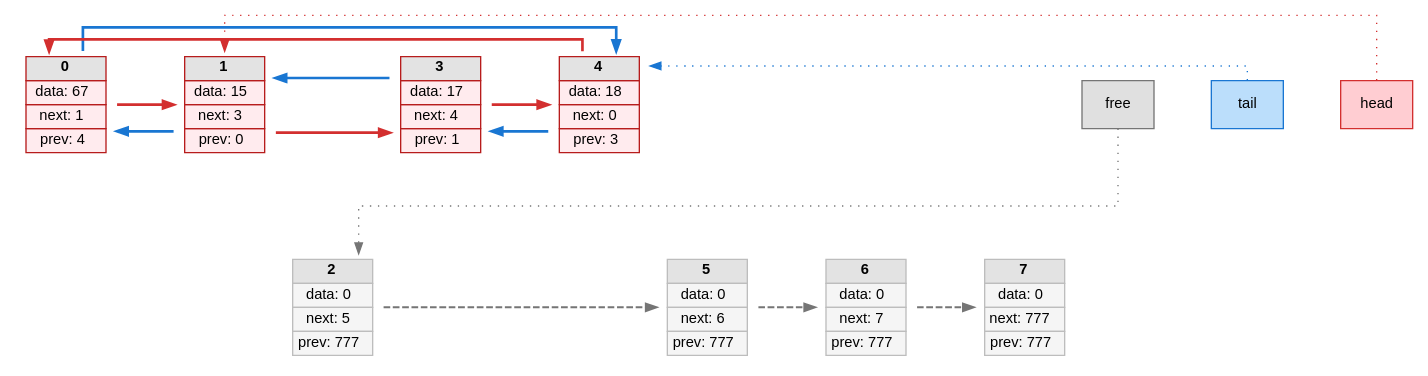
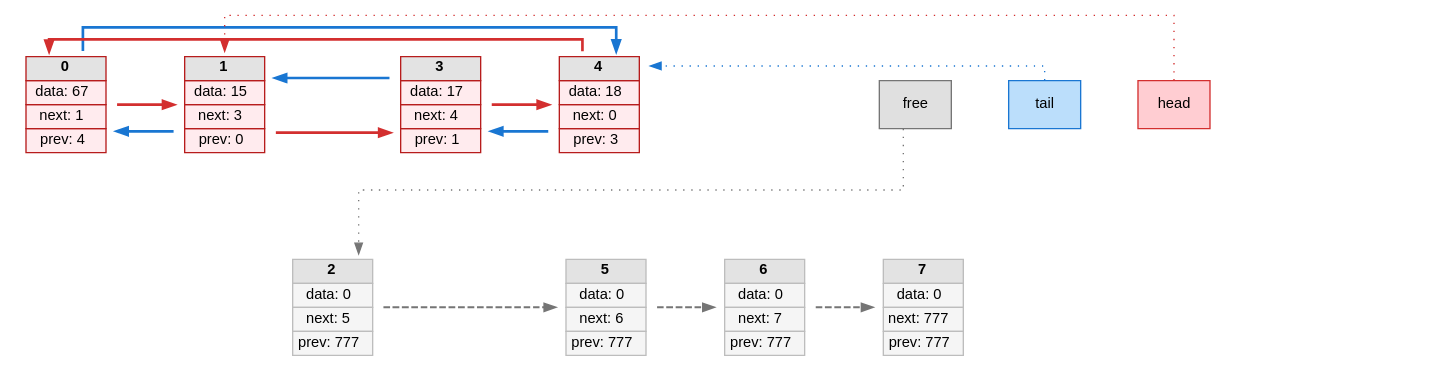
One commit to molushkax/lists changed the diagram in list.dot. Above: the diagram before and after it, drawn with Graphviz. The commit also changed 3 other files, not shown here.

```diff
--- a/list.dot
+++ b/list.dot
@@ -1,117 +1,125 @@
 digraph list {
   rankdir=TB;
   splines=ortho;
   nodesep=0.6;
   ranksep=1.0;
   node [shape=none, fontname="Helvetica", fontsize=11];
   edge [fontname="Helvetica", fontsize=10, arrowsize=0.8];
 
   n0 [label=<
     <TABLE BORDER="0" CELLBORDER="1" CELLSPACING="0" BGCOLOR="#FFEBEE" COLOR="#B71C1C">
       <TR><TD PORT="idx" BGCOLOR="#E3E3E3" WIDTH="40"><B>0</B></TD></TR>
       <TR><TD PORT="data" WIDTH="60">data: 67</TD></TR>
       <TR><TD PORT="next" WIDTH="60">next: 1</TD></TR>
       <TR><TD PORT="prev" WIDTH="60">prev: 4</TD></TR>
     </TABLE>
   >];
 
   n1 [label=<
     <TABLE BORDER="0" CELLBORDER="1" CELLSPACING="0" BGCOLOR="#FFEBEE" COLOR="#B71C1C">
       <TR><TD PORT="idx" BGCOLOR="#E3E3E3" WIDTH="40"><B>1</B></TD></TR>
       <TR><TD PORT="data" WIDTH="60">data: 15</TD></TR>
       <TR><TD PORT="next" WIDTH="60">next: 3</TD></TR>
       <TR><TD PORT="prev" WIDTH="60">prev: 0</TD></TR>
     </TABLE>
   >];
 
   n2 [label=<
     <TABLE BORDER="0" CELLBORDER="1" CELLSPACING="0" BGCOLOR="#F5F5F5" COLOR="#BDBDBD">
       <TR><TD PORT="idx" BGCOLOR="#E3E3E3" WIDTH="40"><B>2</B></TD></TR>
       <TR><TD PORT="data" WIDTH="60">data: 0</TD></TR>
       <TR><TD PORT="next" WIDTH="60">next: 5</TD></TR>
       <TR><TD PORT="prev" WIDTH="60">prev: 777</TD></TR>
     </TABLE>
   >];
 
   n3 [label=<
     <TABLE BORDER="0" CELLBORDER="1" CELLSPACING="0" BGCOLOR="#FFEBEE" COLOR="#B71C1C">
       <TR><TD PORT="idx" BGCOLOR="#E3E3E3" WIDTH="40"><B>3</B></TD></TR>
       <TR><TD PORT="data" WIDTH="60">data: 17</TD></TR>
       <TR><TD PORT="next" WIDTH="60">next: 4</TD></TR>
       <TR><TD PORT="prev" WIDTH="60">prev: 1</TD></TR>
     </TABLE>
   >];
 
   n4 [label=<
     <TABLE BORDER="0" CELLBORDER="1" CELLSPACING="0" BGCOLOR="#FFEBEE" COLOR="#B71C1C">
       <TR><TD PORT="idx" BGCOLOR="#E3E3E3" WIDTH="40"><B>4</B></TD></TR>
       <TR><TD PORT="data" WIDTH="60">data: 18</TD></TR>
       <TR><TD PORT="next" WIDTH="60">next: 0</TD></TR>
       <TR><TD PORT="prev" WIDTH="60">prev: 3</TD></TR>
     </TABLE>
   >];
 
   n5 [label=<
     <TABLE BORDER="0" CELLBORDER="1" CELLSPACING="0" BGCOLOR="#F5F5F5" COLOR="#BDBDBD">
       <TR><TD PORT="idx" BGCOLOR="#E3E3E3" WIDTH="40"><B>5</B></TD></TR>
       <TR><TD PORT="data" WIDTH="60">data: 0</TD></TR>
       <TR><TD PORT="next" WIDTH="60">next: 6</TD></TR>
       <TR><TD PORT="prev" WIDTH="60">prev: 777</TD></TR>
     </TABLE>
   >];
 
   n6 [label=<
     <TABLE BORDER="0" CELLBORDER="1" CELLSPACING="0" BGCOLOR="#F5F5F5" COLOR="#BDBDBD">
       <TR><TD PORT="idx" BGCOLOR="#E3E3E3" WIDTH="40"><B>6</B></TD></TR>
       <TR><TD PORT="data" WIDTH="60">data: 0</TD></TR>
       <TR><TD PORT="next" WIDTH="60">next: 7</TD></TR>
       <TR><TD PORT="prev" WIDTH="60">prev: 777</TD></TR>
     </TABLE>
   >];
 
   n7 [label=<
     <TABLE BORDER="0" CELLBORDER="1" CELLSPACING="0" BGCOLOR="#F5F5F5" COLOR="#BDBDBD">
       <TR><TD PORT="idx" BGCOLOR="#E3E3E3" WIDTH="40"><B>7</B></TD></TR>
       <TR><TD PORT="data" WIDTH="60">data: 0</TD></TR>
       <TR><TD PORT="next" WIDTH="60">next: 777</TD></TR>
       <TR><TD PORT="prev" WIDTH="60">prev: 777</TD></TR>
     </TABLE>
   >];
 
   phantom2 [shape=point, style=invis, width=0, height=0];
   phantom5 [shape=point, style=invis, width=0, height=0];
   phantom6 [shape=point, style=invis, width=0, height=0];
   phantom7 [shape=point, style=invis, width=0, height=0];
   { rank=same; n0; n1; phantom2; n3; n4; phantom5; phantom6; phantom7; }
   { rank=same; n2; n5; n6; n7; }
 
-  phantom2 -> n2 [style=invis, weight=100];
-  phantom5 -> n5 [style=invis, weight=100];
-  phantom6 -> n6 [style=invis, weight=100];
-  phantom7 -> n7 [style=invis, weight=100];
+  phantom0 [shape=point, style=invis, width=0, height=0];
+  phantom1 [shape=point, style=invis, width=0, height=0];
+  phantom2 [shape=point, style=invis, width=0, height=0];
+  phantom3 [shape=point, style=invis, width=0, height=0];
+  phantom4 [shape=point, style=invis, width=0, height=0];
+  phantom5 [shape=point, style=invis, width=0, height=0];
+  phantom6 [shape=point, style=invis, width=0, height=0];
+  phantom7 [shape=point, style=invis, width=0, height=0];
+  phantom2 -> n2 [style=invis, weight=1];
+  phantom5 -> n5 [style=invis, weight=1];
+  phantom6 -> n6 [style=invis, weight=1];
+  phantom7 -> n7 [style=invis, weight=1];
   n0 -> n1 [style=invis, weight=10];
   n1 -> phantom2 [style=invis, weight=10];
   phantom2 -> n3 [style=invis, weight=10];
   n3 -> n4 [style=invis, weight=10];
   n4 -> phantom5 [style=invis, weight=10];
   phantom5 -> phantom6 [style=invis, weight=10];
   phantom6 -> phantom7 [style=invis, weight=10];
   n0 -> n1 [style=bold, color="#D32F2F", penwidth=2, constraint=false];
   n1 -> n3 [style=bold, color="#D32F2F", penwidth=2, constraint=false];
   n3 -> n4 [style=bold, color="#D32F2F", penwidth=2, constraint=false];
   n4 -> n0 [style=bold, color="#D32F2F", penwidth=2, constraint=false];
   n0 -> n4 [style=bold, color="#1976D2", penwidth=2, constraint=false];
   n1 -> n0 [style=bold, color="#1976D2", penwidth=2, constraint=false];
   n3 -> n1 [style=bold, color="#1976D2", penwidth=2, constraint=false];
   n4 -> n3 [style=bold, color="#1976D2", penwidth=2, constraint=false];
   n2 -> n5 [style=dashed, color="#757575", penwidth=1.5, constraint=false];
   n5 -> n6 [style=dashed, color="#757575", penwidth=1.5, constraint=false];
   n6 -> n7 [style=dashed, color="#757575", penwidth=1.5, constraint=false];
 
   head_label [shape=box, style="filled", fillcolor="#FFCDD2", color="#D32F2F", label="head"];
-  tail_label [shape=box, style="filled", fillcolor="#BBDEFB", color="#1976D2", label="tail"];
-  free_label [shape=box, style="filled", fillcolor="#E0E0E0", color="#757575", label="free"];
+  tail_label   [shape=box, style="filled", fillcolor="#BBDEFB", color="#1976D2", label="tail"];
+  free_label   [shape=box, style="filled", fillcolor="#E0E0E0", color="#757575", label="free"];
   head_label -> n1 [style=dotted, color="#D32F2F", constraint=false];
   tail_label -> n4 [style=dotted, color="#1976D2", constraint=false];
   free_label -> n2 [style=dotted, color="#757575", constraint=false];
 }
```
